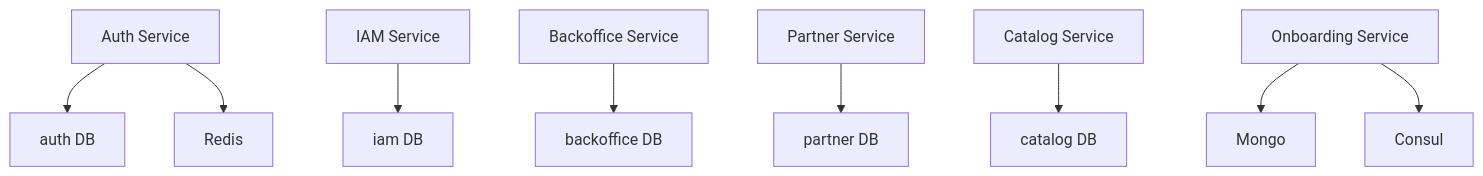
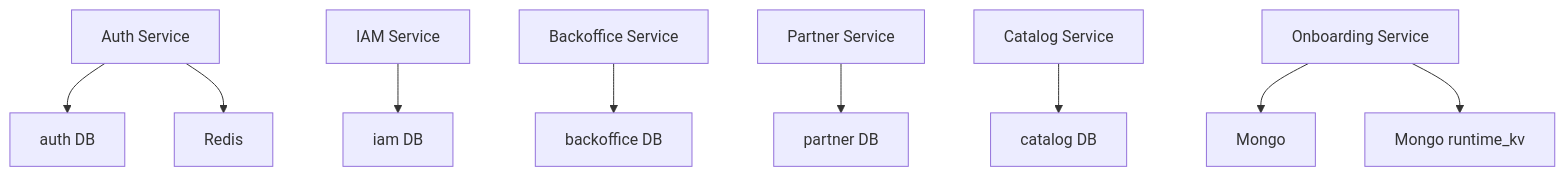
The first of 4 diagrams in docs/architecture/data-ownership.md (tuannm99/podzone), drawn with Mermaid before and after one commit. The commit also changed 72 other files, not shown here.

````diff
--- a/docs/architecture/data-ownership.md
+++ b/docs/architecture/data-ownership.md
@@ -5,27 +5,27 @@
 ```mermaid
 flowchart TB
     Auth["Auth Service"]
     IAM["IAM Service"]
     Backoffice["Backoffice Service"]
     Partner["Partner Service"]
     Catalog["Catalog Service"]
     Onboarding["Onboarding Service"]
 
     AuthDB["auth DB"]
     IAMDB["iam DB"]
     BackofficeDB["backoffice DB"]
     PartnerDB["partner DB"]
     CatalogDB["catalog DB"]
     Mongo["Mongo"]
-    Consul["Consul"]
+    RuntimeKV["Mongo runtime_kv"]
     Redis["Redis"]
 
     Auth --> AuthDB
     Auth --> Redis
     IAM --> IAMDB
     Backoffice --> BackofficeDB
     Partner --> PartnerDB
     Catalog --> CatalogDB
     Onboarding --> Mongo
-    Onboarding --> Consul
+    Onboarding --> RuntimeKV
 ```
````
